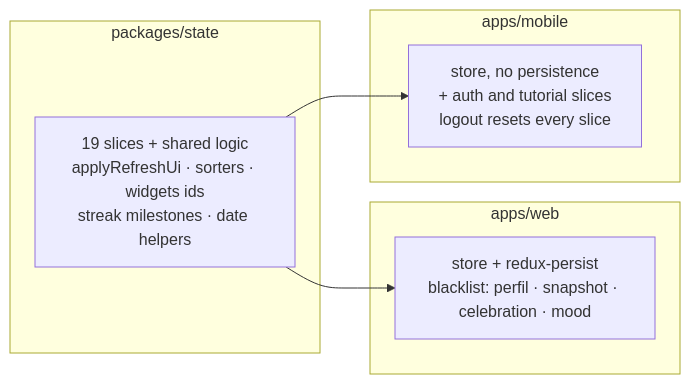
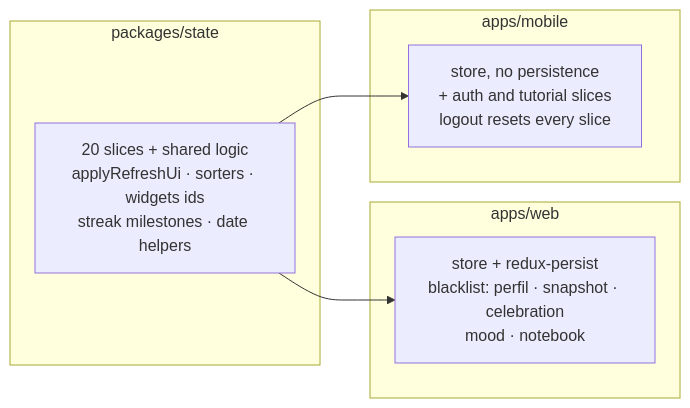
One commit to AndDev741/Beyou-arch-design changed the first of 2 diagrams in architecture/redux-data/en.md. Above: the diagram before and after it, drawn with Mermaid. The commit also changed other lines of this file and 39 other files, not shown here.

````diff
--- a/architecture/redux-data/en.md
+++ b/architecture/redux-data/en.md
@@ -12,17 +12,17 @@
 ```mermaid
 flowchart LR
   subgraph pkg["packages/state"]
-    SLICES["19 slices + shared logic<br/>applyRefreshUi · sorters · widgets ids<br/>streak milestones · date helpers"]
+    SLICES["20 slices + shared logic<br/>applyRefreshUi · sorters · widgets ids<br/>streak milestones · date helpers"]
   end
 
   subgraph web["apps/web"]
-    WSTORE["store + redux-persist<br/>blacklist: perfil · snapshot · celebration · mood"]
+    WSTORE["store + redux-persist<br/>blacklist: perfil · snapshot · celebration<br/>mood · notebook"]
   end
 
   subgraph mobile["apps/mobile"]
     MSTORE["store, no persistence<br/>+ auth and tutorial slices<br/>logout resets every slice"]
   end
 
   SLICES --> WSTORE
   SLICES --> MSTORE
 ```
````
